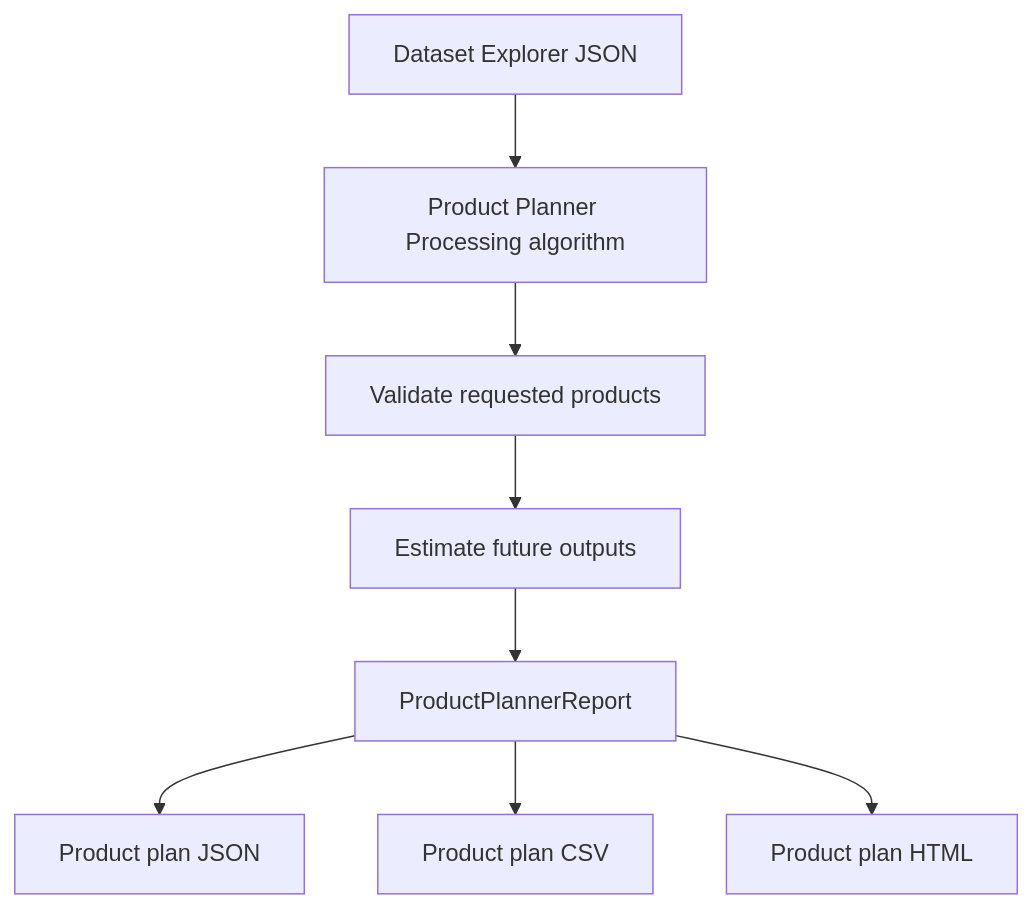
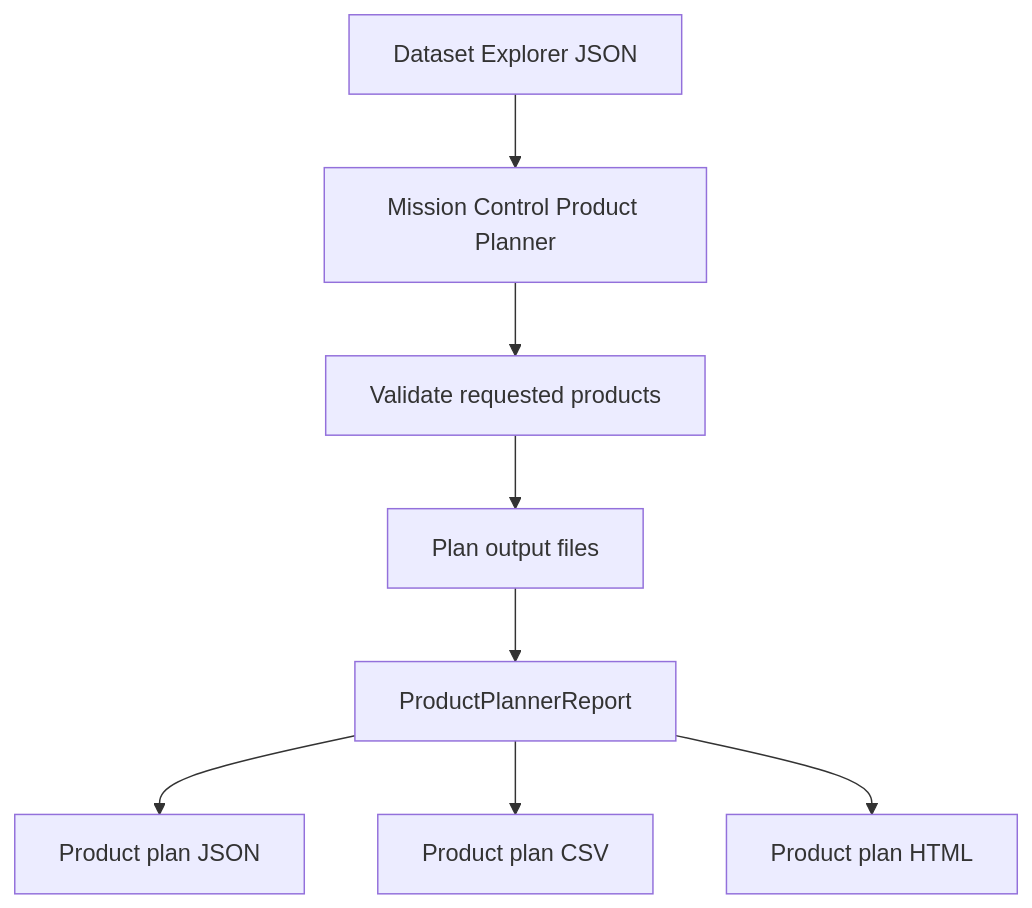
One commit to sticholas/pyforestscan-qgis changed the second of 3 diagrams in docs/USER_GUIDE.md. Above: the diagram before and after it, drawn with Mermaid. The commit also changed other lines of this file and 22 other files, not shown here.

````diff
--- a/docs/USER_GUIDE.md
+++ b/docs/USER_GUIDE.md
@@ -221,10 +215,10 @@
 ```mermaid
 flowchart TD
-    A["Dataset Explorer JSON"] --> B["Product Planner Processing algorithm"]
+    A["Dataset Explorer JSON"] --> B["Mission Control Product Planner"]
     B --> C["Validate requested products"]
-    C --> D["Estimate future outputs"]
+    C --> D["Plan output files"]
     D --> E["ProductPlannerReport"]
     E --> F["Product plan JSON"]
     E --> G["Product plan CSV"]
     E --> H["Product plan HTML"]
 ```
````
